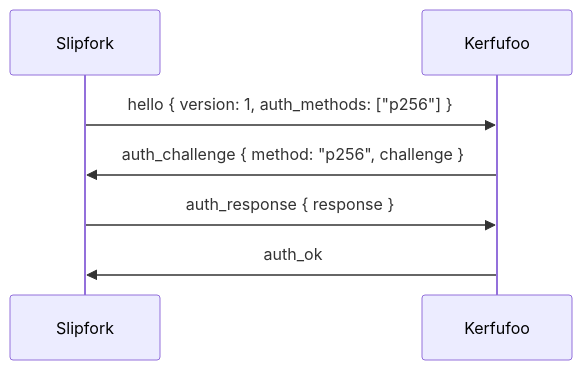
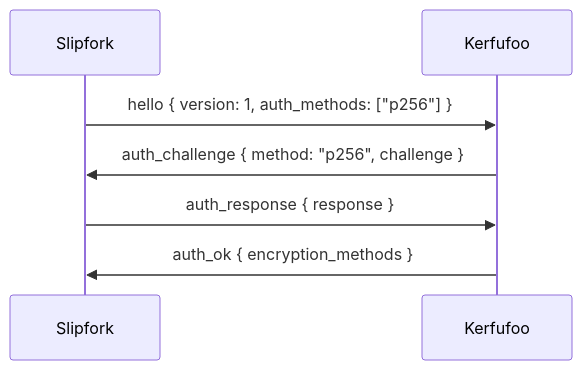
One commit to OffworldNexus/slipfork changed the first of 3 diagrams in docs/design/ospp.md. Above: the diagram before and after it, drawn with Mermaid. The commit also changed other lines of this file and 2 other files, not shown here.

Commit message:
[M3.28.19] OSPP v1 spec: uniform claims, encryption methods, base64 payloads

````diff
--- a/docs/design/ospp.md
+++ b/docs/design/ospp.md
@@ -11,9 +11,9 @@
 ```mermaid
 sequenceDiagram
   participant C as Slipfork
   participant S as Kerfufoo
   C->>S: hello { version: 1, auth_methods: ["p256"] }
   S->>C: auth_challenge { method: "p256", challenge }
   C->>S: auth_response { response }
-  S->>C: auth_ok
+  S->>C: auth_ok { encryption_methods }
 ```
````
